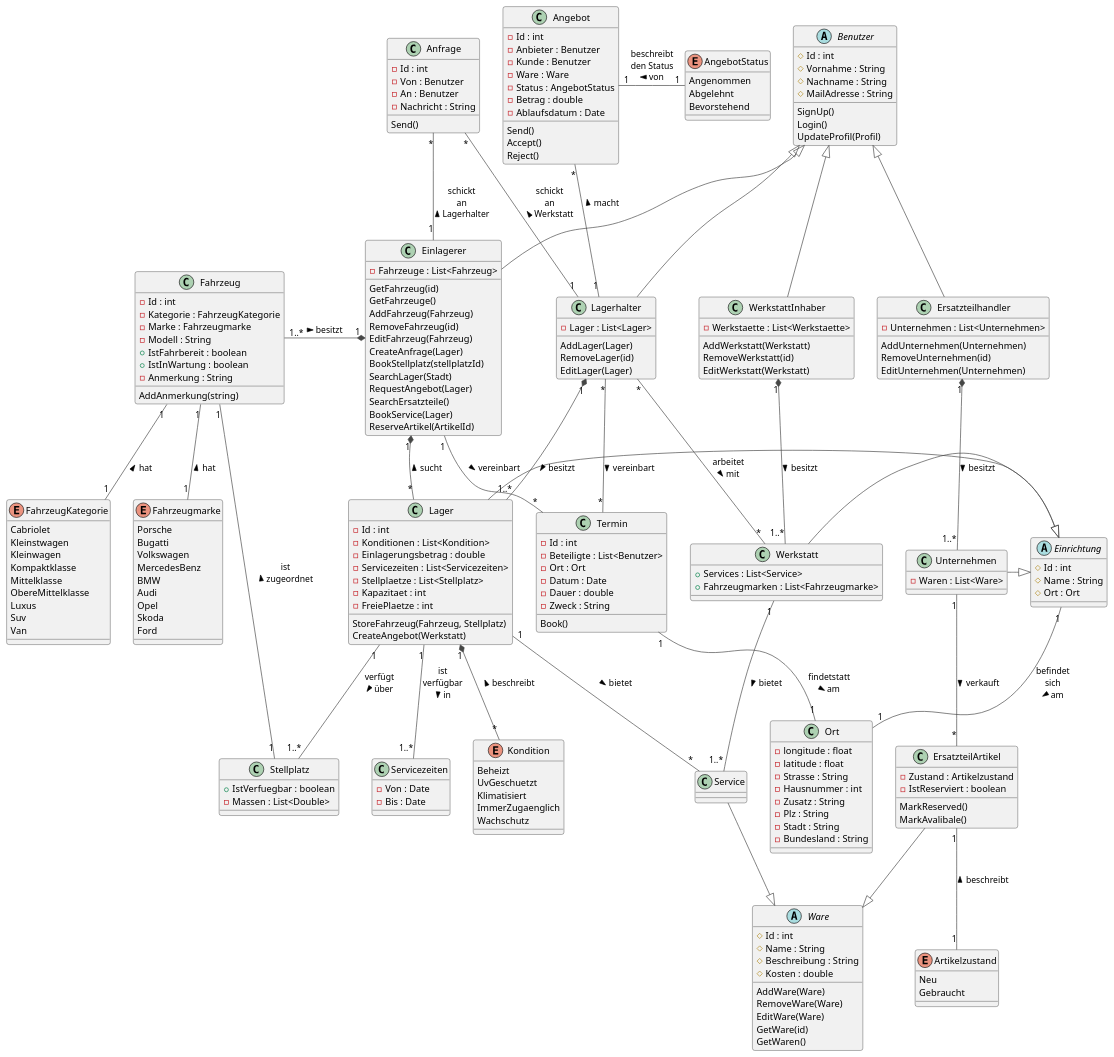
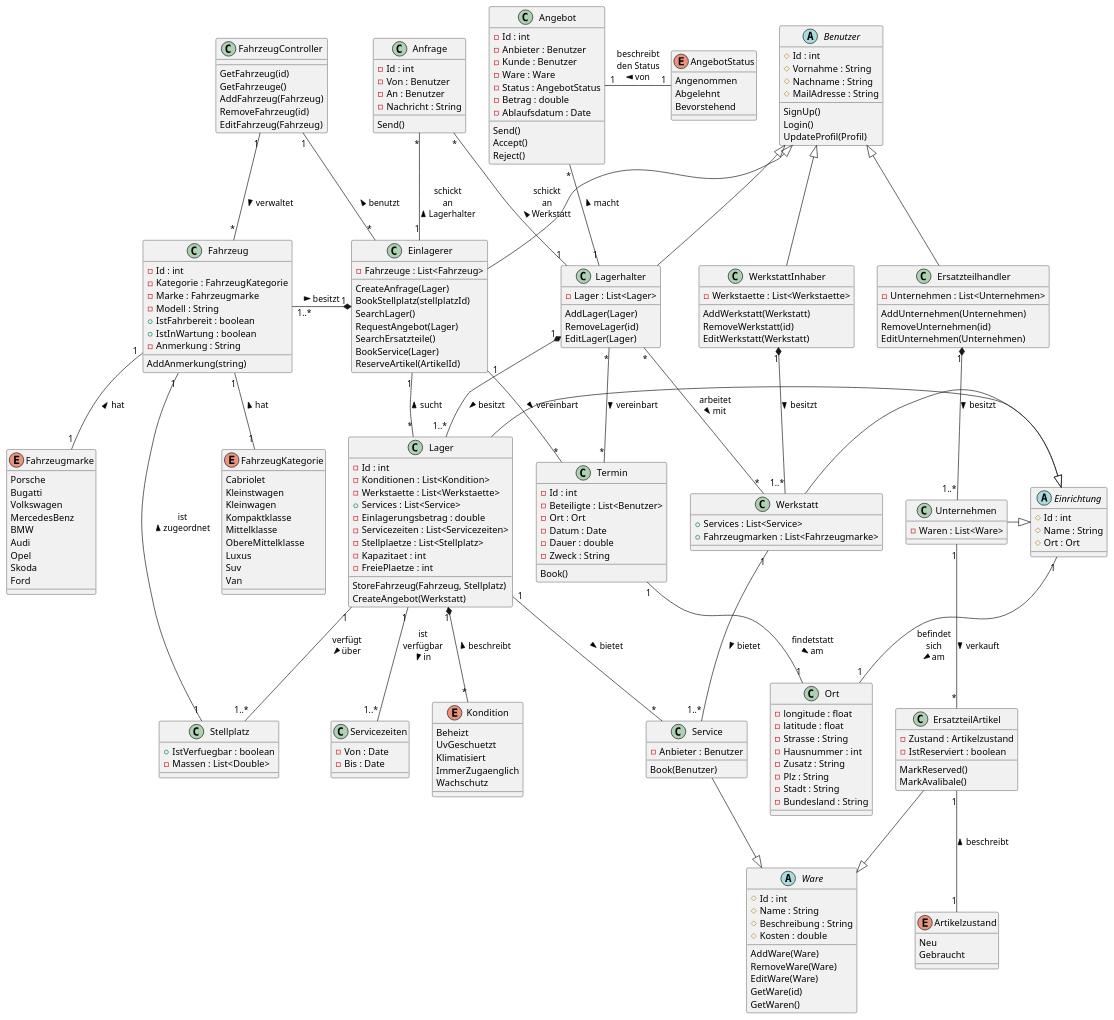
The diagram in Doc/Diagrams/domainmodel.plantuml (CedricNdong/The-Vintage-Car-Community), drawn with PlantUML before and after one commit. The commit also changed 4 other files, not shown here.

```diff
--- a/Doc/Diagrams/domainmodel.plantuml
+++ b/Doc/Diagrams/domainmodel.plantuml
@@ -1,8 +1,6 @@
 @startuml
-!theme vibrant
-
 abstract Benutzer {
-  # Id : int 
+  # Id : int
   # Vornahme : String
   # Nachname : String
   # MailAdresse : String
@@ -12,13 +10,13 @@
 }
 
 abstract  Einrichtung {
-  # Id : int 
+  # Id : int
   # Name : String
   # Ort : Ort
 }
 
 abstract Ware {
-  # Id : int 
+  # Id : int
   # Name : String
   # Beschreibung : String
   # Kosten : double
@@ -27,6 +25,7 @@
   EditWare(Ware)
   GetWare(id)
   GetWaren()
+
 }
 
 class Ort {
@@ -46,17 +45,19 @@
   RemoveLager(id)
   EditLager(Lager)
 }
-
+class FahrzeugController{
+GetFahrzeug(id)
+GetFahrzeuge()
+AddFahrzeug(Fahrzeug)
+RemoveFahrzeug(id)
+ EditFahrzeug(Fahrzeug)
+}
 class Einlagerer {
   - Fahrzeuge : List<Fahrzeug>
-  GetFahrzeug(id)
-  GetFahrzeuge()
-  AddFahrzeug(Fahrzeug)
-  RemoveFahrzeug(id)
-  EditFahrzeug(Fahrzeug)
+
   CreateAnfrage(Lager)
   BookStellplatz(stellplatzId)
-  SearchLager(Stadt)
+  SearchLager()
   RequestAngebot(Lager)
   SearchErsatzteile()
   BookService(Lager)
@@ -83,7 +84,7 @@
 }
 
 class Fahrzeug {
-  - Id : int 
+  - Id : int
   - Kategorie : FahrzeugKategorie
   - Marke : Fahrzeugmarke
   - Modell : String
@@ -94,7 +95,7 @@
 }
 
 class Termin {
-  - Id : int 
+  - Id : int
   - Beteiligte : List<Benutzer>
   - Ort : Ort
   - Datum : Date
@@ -104,11 +105,15 @@
 }
 
 class Service {
+-Anbieter : Benutzer
+Book(Benutzer)
 }
 
 class Lager {
   - Id : int
   - Konditionen : List<Kondition>
+  - Werkstaette : List<Werkstaette>
+   + Services : List<Service>
   - Einlagerungsbetrag : double
   - Servicezeiten : List<Servicezeiten>
   - Stellplaetze : List<Stellplatz>
@@ -140,7 +145,7 @@
 }
 
 class Anfrage {
-  - Id : int 
+  - Id : int
   - Von : Benutzer
   - An : Benutzer
   - Nachricht : String
@@ -148,7 +153,7 @@
 }
 
 class Angebot {
-  - Id : int 
+  - Id : int
   - Anbieter : Benutzer
   - Kunde : Benutzer
   - Ware : Ware
@@ -209,7 +214,7 @@
 Benutzer <|-- WerkstattInhaber
 Benutzer <|-- Ersatzteilhandler
 
-Lager -right-|> Einrichtung  
+Lager -right-|> Einrichtung
 Werkstatt -right-|> Einrichtung
 Unternehmen -right-|> Einrichtung
 
@@ -238,8 +243,12 @@
 Fahrzeug "1" -- "1" Fahrzeugmarke : hat <
 
 Fahrzeug "1" -- "1" Stellplatz : ist\nzugeordnet <
+FahrzeugController "1" -- "*" Einlagerer : benutzt <
+FahrzeugController "1" -- "*" Fahrzeug : verwaltet >
+
 Einlagerer "1" *-left- "1..*" Fahrzeug : besitzt <
-Einlagerer "1" *-- "*" Lager : sucht <
+Einlagerer "1" -- "*" Lager : sucht <
+
 Anfrage "*" -- "1" Einlagerer : schickt\nan\nLagerhalter <
 Anfrage "*" -- "1" Lagerhalter : schickt\nan\nWerkstatt <
 
```
